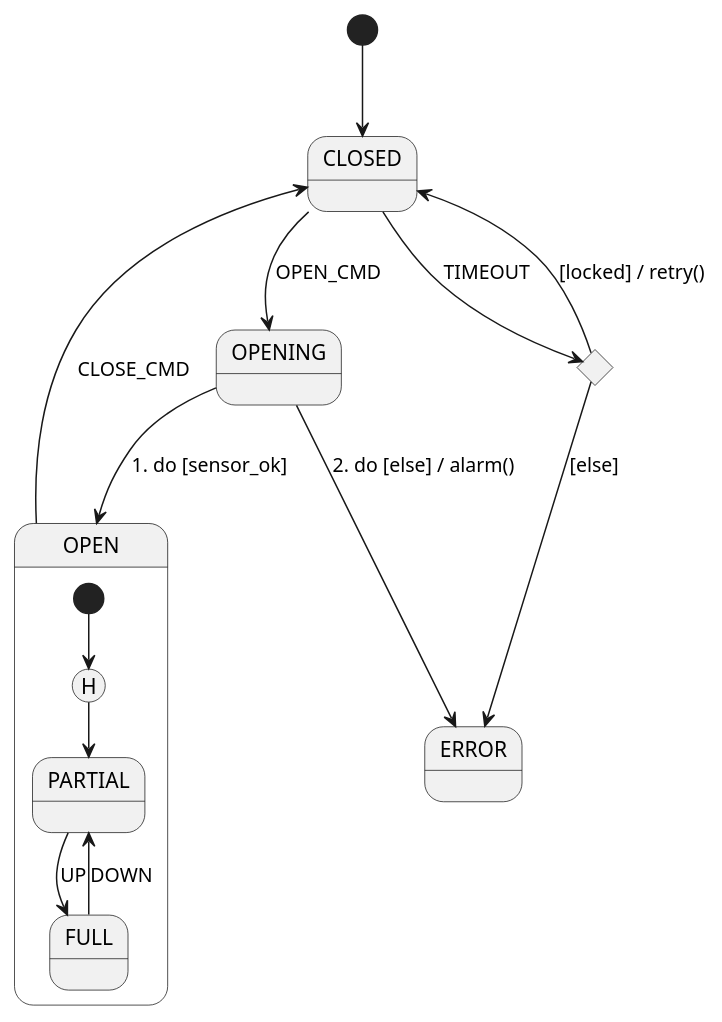
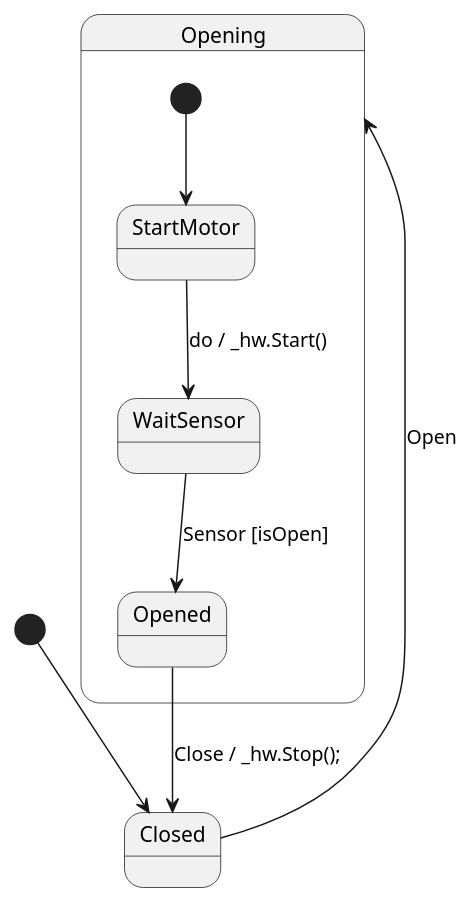
The third of 3 diagrams in README.md (IAFahim/statesmith-skills), drawn with PlantUML before and after one commit. The commit also changed other lines of this file, not shown here.

````diff
--- a/README.md
+++ b/README.md
@@ -172,23 +233,21 @@
 ```plantuml
 @startuml Door
-[*] --> CLOSED
-
-CLOSED --> OPENING : OPEN_CMD
-OPENING --> OPEN : 1. do [sensor_ok]
-OPENING --> ERROR : 2. do [else] / alarm()
-
-state OPEN {
-  [*] --> [H]
-  [H] --> PARTIAL
-  PARTIAL --> FULL : UP
-  FULL --> PARTIAL : DOWN
+/'! $CONFIG : toml
+SmRunnerSettings.transpilerId = "CSharp"
+[RenderConfig.CSharp]
+NameSpace = "Demo;"
+[RenderConfig]
+AutoExpandedVars = """
+private readonly IDoorHardware _hw;
+"""
+'/
+[*] --> Closed
+Closed --> Opening : Open
+state Opening {
+  [*] --> StartMotor
+  StartMotor --> WaitSensor : do / _hw.Start()
+  WaitSensor --> Opened : Sensor [isOpen]
 }
-
-OPEN --> CLOSED : CLOSE_CMD
-
-state "check" as check <<choice>>
-CLOSED --> check : TIMEOUT
-check --> CLOSED : [locked] / retry()
-check --> ERROR : [else]
+Opened --> Closed : Close / _hw.Stop();
 @enduml
 ```
````
